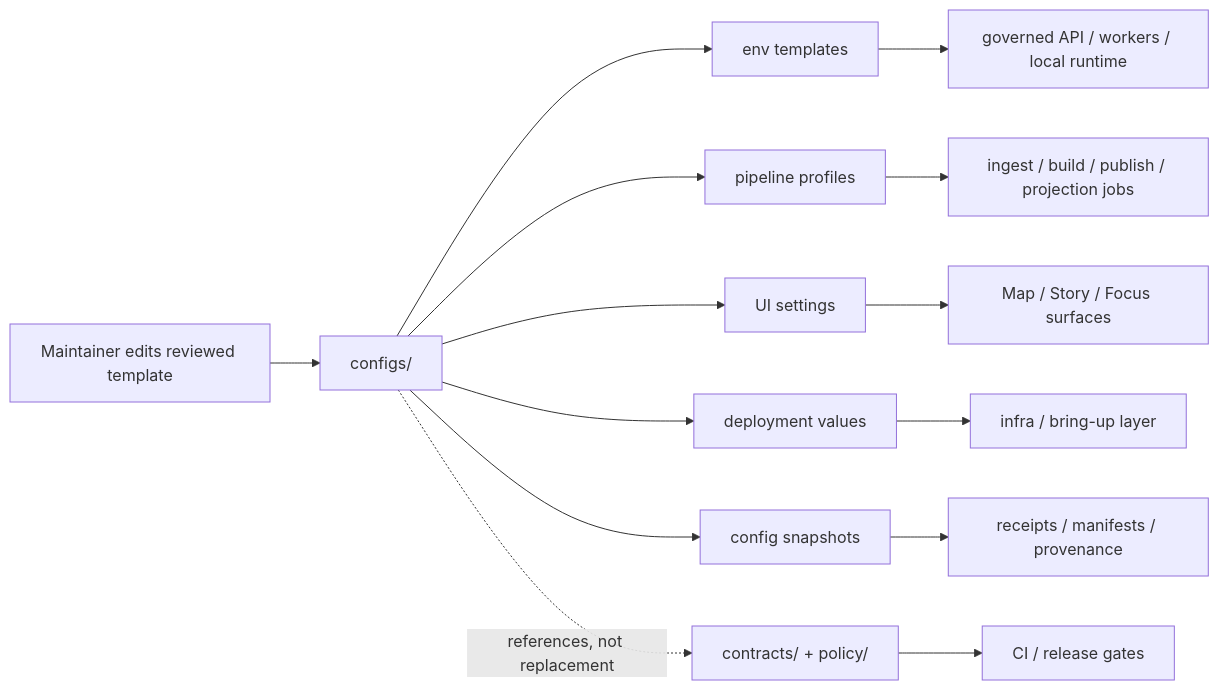
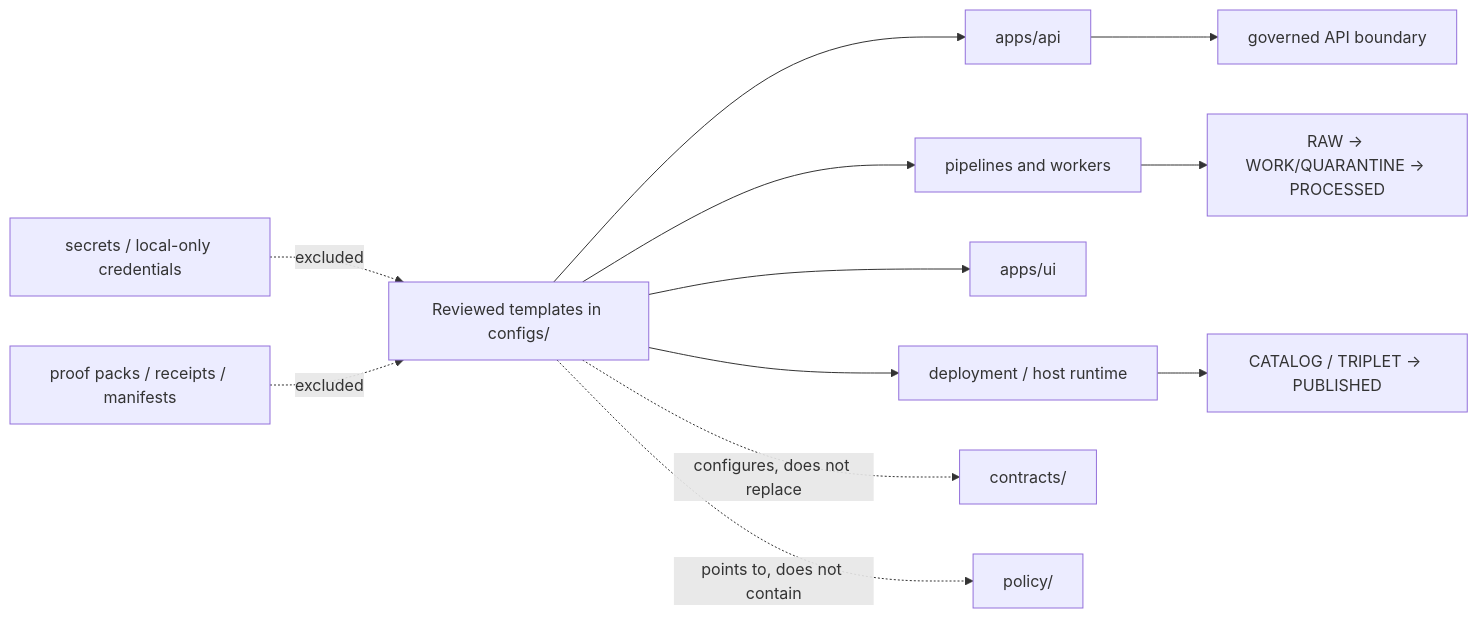
The diagram in configs/README.md (bartytime4life/Kansas-Frontier-Matrix), drawn with Mermaid before and after one commit. The commit also changed other lines of this file, not shown here.

First line of the commit message:
Revise README.md for config directory updates

````diff
--- a/configs/README.md
+++ b/configs/README.md
@@ -195,18 +253,16 @@
 ```mermaid
 flowchart LR
-  A[Maintainer edits reviewed template] --> B[configs/]
-  B --> C[env templates]
-  B --> D[pipeline profiles]
-  B --> E[UI settings]
-  B --> F[deployment values]
-  B --> G[config snapshots]
+  A[Reviewed templates in configs/] --> B[apps/api]
+  A --> C[pipelines and workers]
+  A --> D[apps/ui]
+  A --> E[deployment / host runtime]
 
-  C --> H[governed API / workers / local runtime]
-  D --> I[ingest / build / publish / projection jobs]
-  E --> J[Map / Story / Focus surfaces]
-  F --> K[infra / bring-up layer]
-  G --> L[receipts / manifests / provenance]
+  B --> F[governed API boundary]
+  C --> G[RAW → WORK/QUARANTINE → PROCESSED]
+  E --> H[CATALOG / TRIPLET → PUBLISHED]
 
-  B -. references, not replacement .-> M[contracts/ + policy/]
-  M --> N[CI / release gates]
+  A -. configures, does not replace .-> I[contracts/]
+  A -. points to, does not contain .-> J[policy/]
+  K[secrets / local-only credentials] -. excluded .-> A
+  L[proof packs / receipts / manifests] -. excluded .-> A
 ```
````
